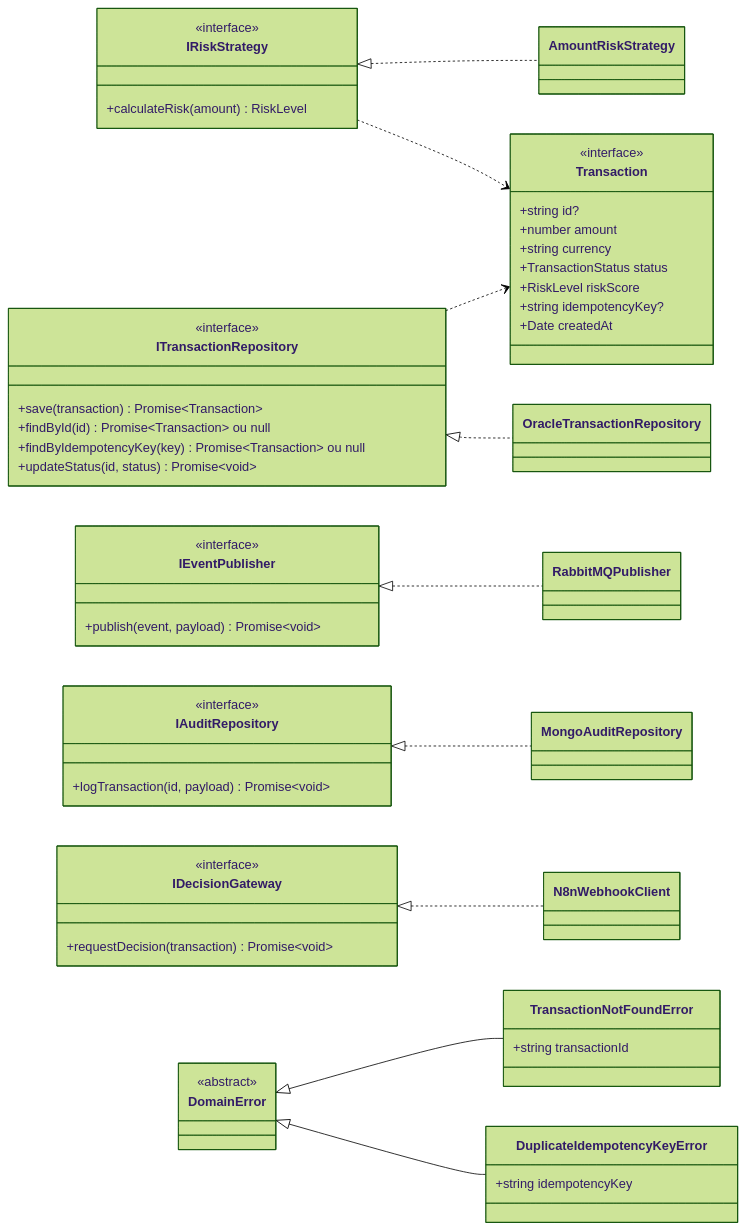
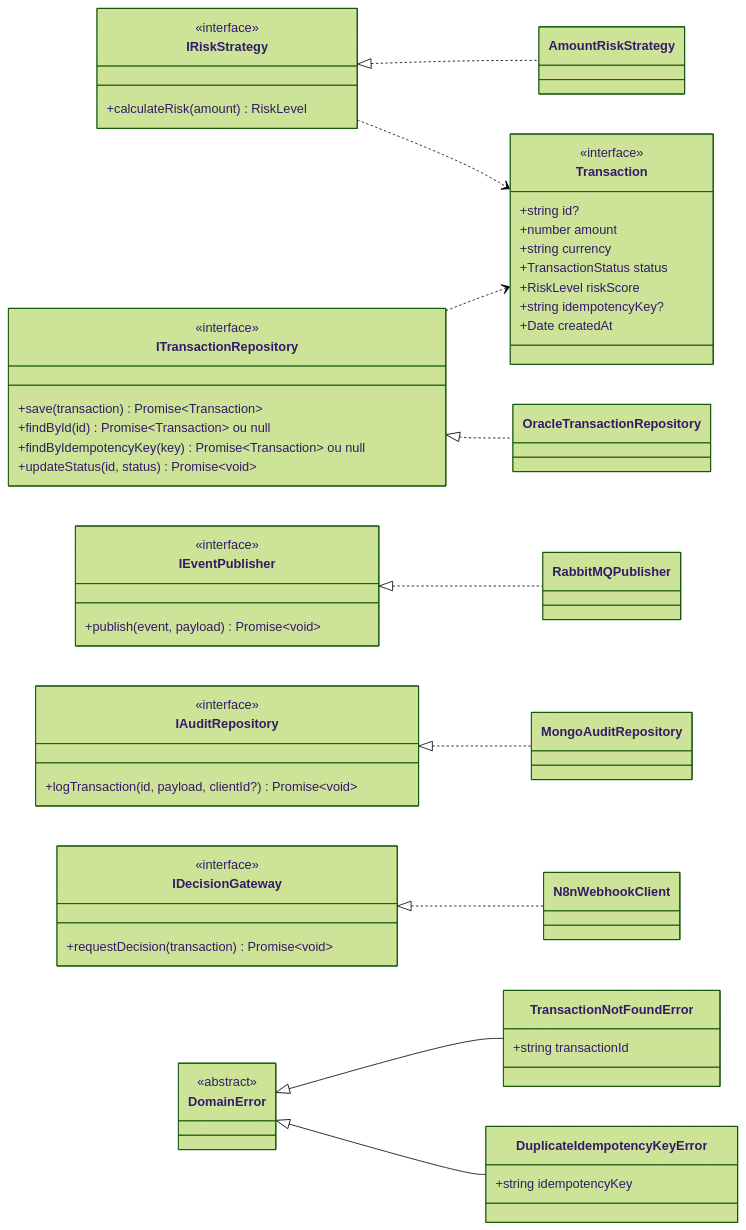
The third of 8 diagrams in ARCHITECTURE.md (jvcamargoalmeida/poc-decision-backend), drawn with Mermaid (forest theme) before and after one commit. The commit also changed other lines of this file and 6 other files, not shown here.

````diff
--- a/ARCHITECTURE.md
+++ b/ARCHITECTURE.md
@@ -136,66 +137,66 @@
 ```mermaid
 classDiagram
     direction LR
 
     class Transaction {
         <<interface>>
         +string id?
         +number amount
         +string currency
         +TransactionStatus status
         +RiskLevel riskScore
         +string idempotencyKey?
         +Date createdAt
     }
 
     class IRiskStrategy {
         <<interface>>
         +calculateRisk(amount) RiskLevel
     }
     class ITransactionRepository {
         <<interface>>
         +save(transaction) Promise~Transaction~
         +findById(id) Promise~Transaction~ ou null
         +findByIdempotencyKey(key) Promise~Transaction~ ou null
         +updateStatus(id, status) Promise~void~
     }
     class IEventPublisher {
         <<interface>>
         +publish(event, payload) Promise~void~
     }
     class IAuditRepository {
         <<interface>>
-        +logTransaction(id, payload) Promise~void~
+        +logTransaction(id, payload, clientId?) Promise~void~
     }
     class IDecisionGateway {
         <<interface>>
         +requestDecision(transaction) Promise~void~
     }
 
     class AmountRiskStrategy
     class OracleTransactionRepository
     class RabbitMQPublisher
     class MongoAuditRepository
     class N8nWebhookClient
 
     class DomainError {
         <<abstract>>
     }
     class TransactionNotFoundError {
         +string transactionId
     }
     class DuplicateIdempotencyKeyError {
         +string idempotencyKey
     }
 
     IRiskStrategy <|.. AmountRiskStrategy
     ITransactionRepository <|.. OracleTransactionRepository
     IEventPublisher <|.. RabbitMQPublisher
     IAuditRepository <|.. MongoAuditRepository
     IDecisionGateway <|.. N8nWebhookClient
     DomainError <|-- TransactionNotFoundError
     DomainError <|-- DuplicateIdempotencyKeyError
 
     ITransactionRepository ..> Transaction
     IRiskStrategy ..> Transaction
 ```
````
